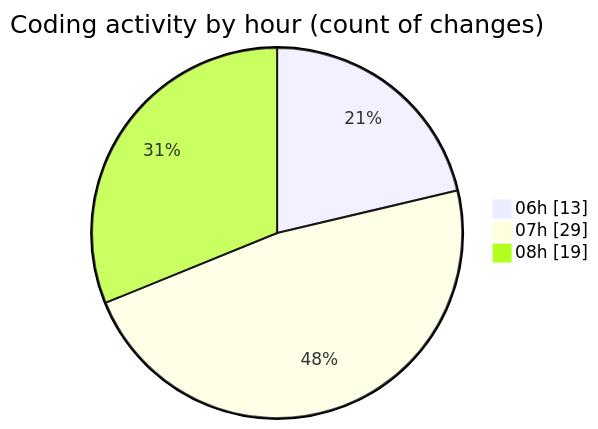
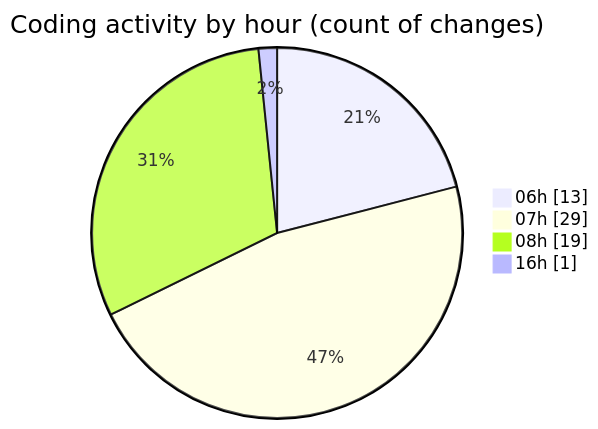
The second of 2 diagrams in 2025-01-21/mbc-web/README.md (robertbonfada/code-tracking), drawn with Mermaid before and after one commit. The commit also changed other lines of this file and 1 other file, not shown here.

````diff
--- a/2025-01-21/mbc-web/README.md
+++ b/2025-01-21/mbc-web/README.md
@@ -44,7 +45,8 @@
 ```mermaid
 pie showData
 title Coding activity by hour (count of changes)
 "06h" : 13
 "07h" : 29
 "08h" : 19
+"16h" : 1
 ```
````
